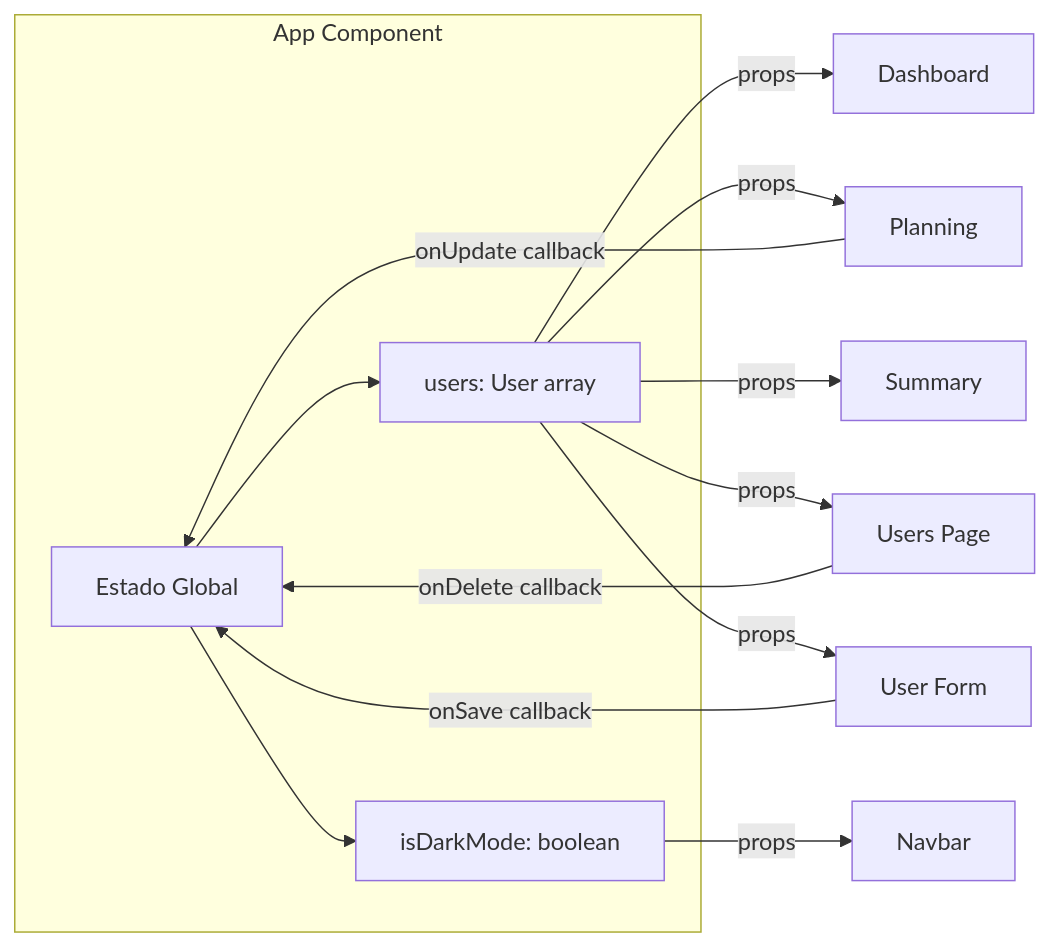
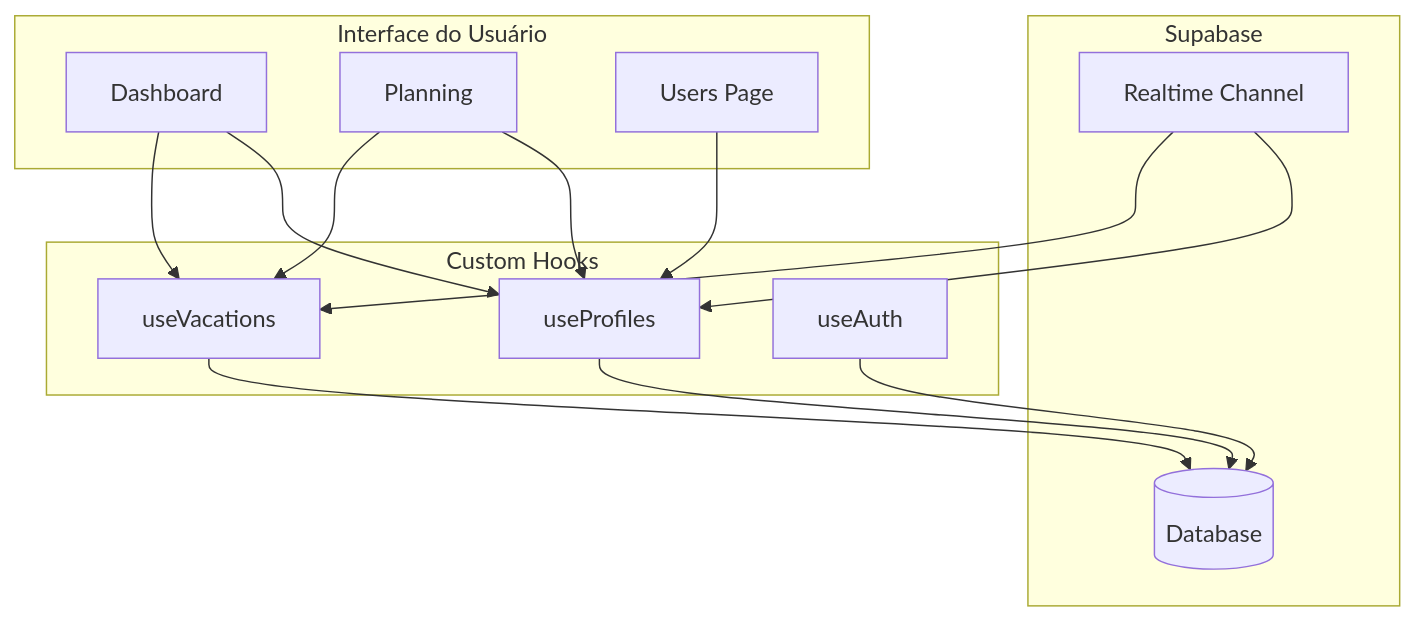
Before and after one commit to OlosLive/holidayGo: the fifth of 9 diagrams in docs/ARCHITECTURE.md, drawn with Mermaid. The commit also changed other lines of this file and 25 other files, not shown here.

````diff
--- a/docs/ARCHITECTURE.md
+++ b/docs/ARCHITECTURE.md
@@ -124,23 +265,32 @@
 ```mermaid
-graph LR
-    subgraph AppComponent[App Component]
-        State[Estado Global]
-        Users[users: User array]
-        Theme[isDarkMode: boolean]
+graph TD
+    subgraph UI[Interface do Usuário]
+        Dashboard[Dashboard]
+        Planning[Planning]
+        Users[Users Page]
     end
     
-    State --> Users
-    State --> Theme
+    subgraph Hooks[Custom Hooks]
+        useProfiles[useProfiles]
+        useVacations[useVacations]
+        useAuth[useAuth]
+    end
     
-    Users -->|props| Dashboard[Dashboard]
-    Users -->|props| Planning[Planning]
-    Users -->|props| Summary[Summary]
-    Users -->|props| UsersPage[Users Page]
-    Users -->|props| UserForm[User Form]
+    subgraph Supabase[Supabase]
+        DB[(Database)]
+        Realtime[Realtime Channel]
+    end
     
-    Theme -->|props| Navbar[Navbar]
+    Dashboard --> useProfiles
+    Dashboard --> useVacations
+    Planning --> useProfiles
+    Planning --> useVacations
+    Users --> useProfiles
     
-    Planning -->|onUpdate callback| State
-    UsersPage -->|onDelete callback| State
-    UserForm -->|onSave callback| State
+    useProfiles --> DB
+    useVacations --> DB
+    useAuth --> DB
+    
+    Realtime --> useProfiles
+    Realtime --> useVacations
 ```
````
